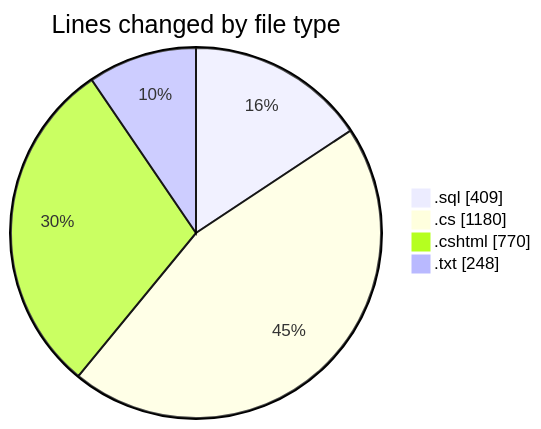
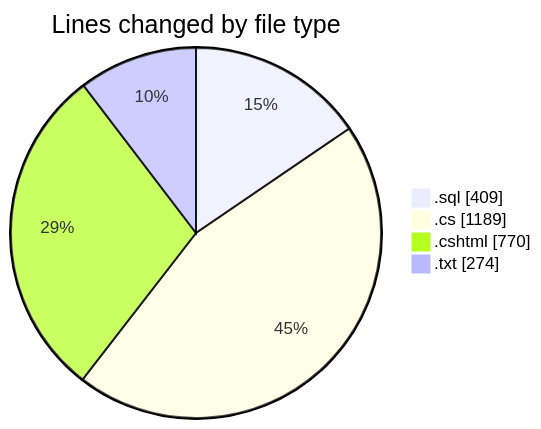
One commit to lephambinh05/code-tracking changed the first of 2 diagrams in 2025-07-23/quanlyrapchieuphim/README.md. Above: the diagram before and after it, drawn with Mermaid. The commit also changed other lines of this file and 1 other file, not shown here.

````diff
--- a/2025-07-23/quanlyrapchieuphim/README.md
+++ b/2025-07-23/quanlyrapchieuphim/README.md
@@ -27,8 +27,8 @@
 ```mermaid
 pie showData
 title Lines changed by file type
 ".sql" : 409
-".cs" : 1180
+".cs" : 1189
 ".cshtml" : 770
-".txt" : 248
+".txt" : 274
 ```
````
